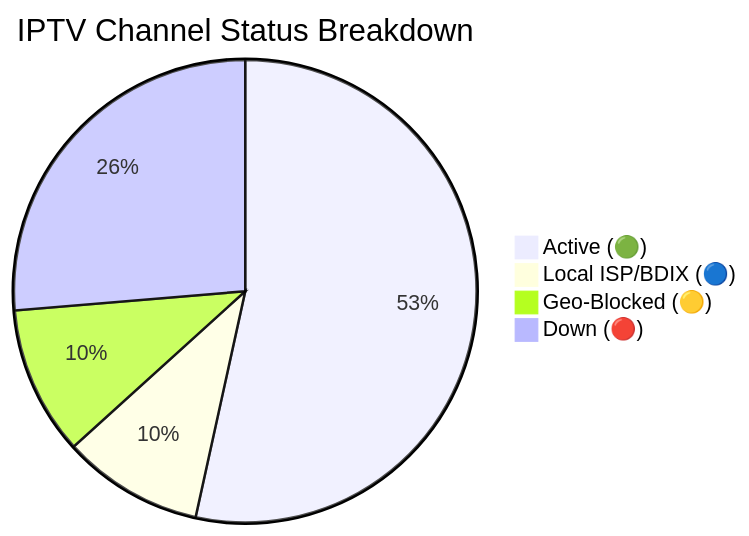
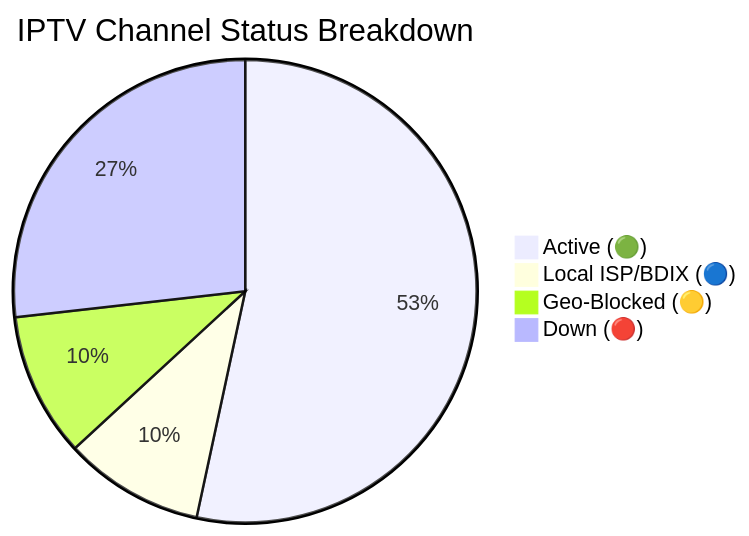
One commit to Zaman-Topu/Ip-tv-Collection changed the diagram in README.md. Above: the diagram before and after it, drawn with Mermaid. The commit also changed other lines of this file and 6 other files, not shown here.

````diff
--- a/README.md
+++ b/README.md
@@ -149,7 +149,7 @@
 ```mermaid
 pie title IPTV Channel Status Breakdown
-    "Active (🟢)" : 9177
-    "Local ISP/BDIX (🔵)" : 1691
-    "Geo-Blocked (🟡)" : 1783
-    "Down (🔴)" : 4521
+    "Active (🟢)" : 9119
+    "Local ISP/BDIX (🔵)" : 1670
+    "Geo-Blocked (🟡)" : 1719
+    "Down (🔴)" : 4578
 ```
````
